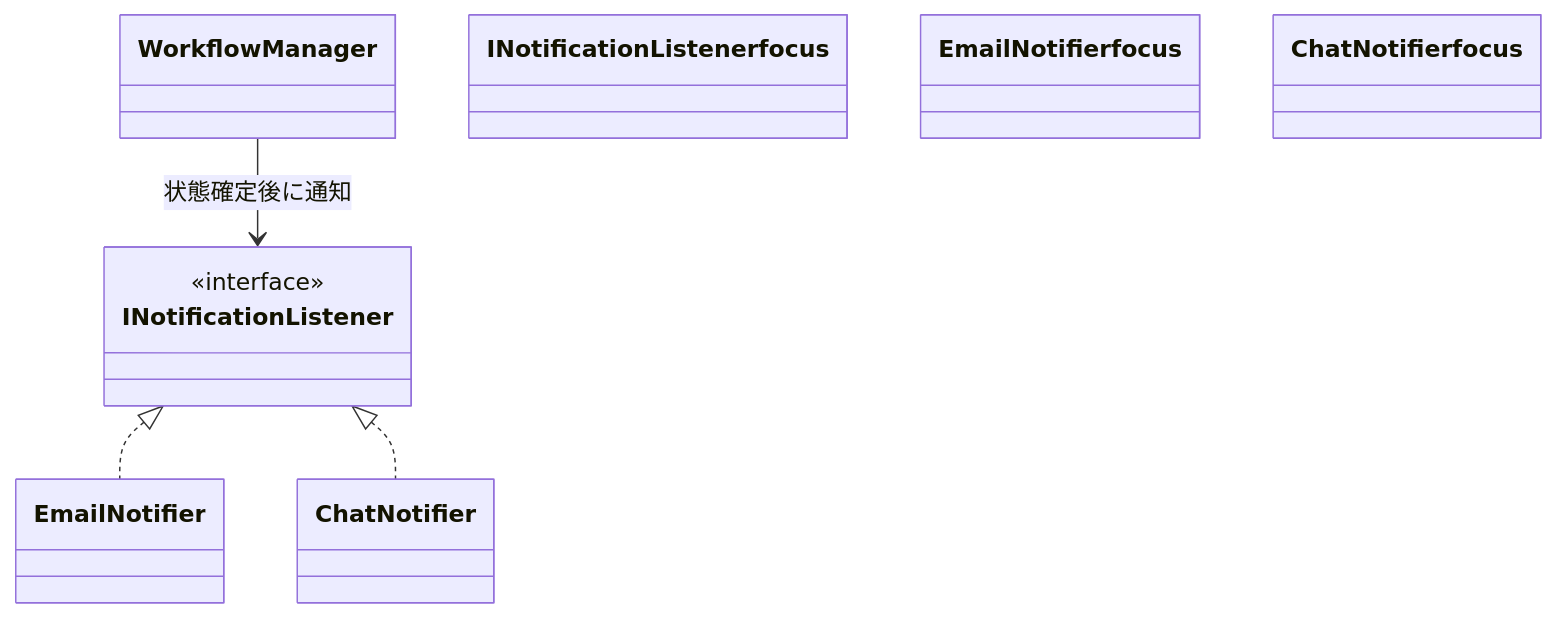
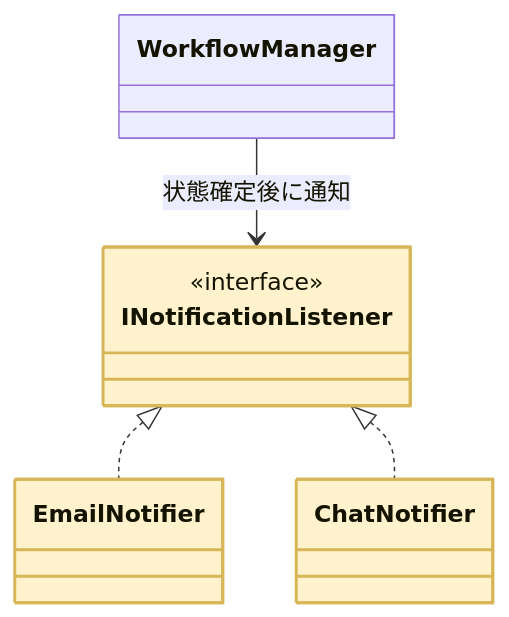
One commit to kumachan1101-pixel/DesignPattern changed diagram 11 of 23 in kindle/design-patterns/output/chapter12.md. Above: the diagram before and after it, drawn with Mermaid. The commit also changed other lines of this file and 15 other files, not shown here.

First line of the commit message:
全章classDiagram: phantom浮きクラスを生む着色構文 class X focus を :::focus へ修正（103箇所）

````diff
--- a/kindle/design-patterns/output/chapter12.md
+++ b/kindle/design-patterns/output/chapter12.md
@@ -1309,14 +1309,14 @@
 ```mermaid
 classDiagram
     class WorkflowManager
     class INotificationListener { <<interface>> }
     class EmailNotifier
     class ChatNotifier
     WorkflowManager --> INotificationListener : 状態確定後に通知
     INotificationListener <|.. EmailNotifier
     INotificationListener <|.. ChatNotifier
-    class INotificationListener focus
-    class EmailNotifier focus
-    class ChatNotifier focus
+    class INotificationListener:::focus
+    class EmailNotifier:::focus
+    class ChatNotifier:::focus
     classDef focus fill:#FFF2CC,stroke:#D6B656,stroke-width:2px
 ```
````
